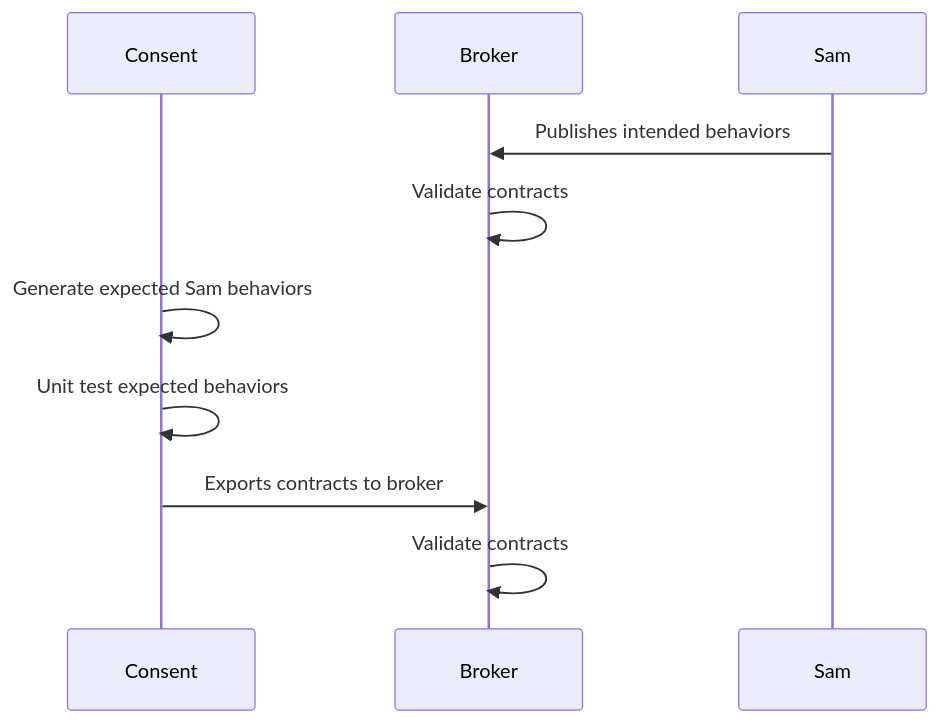
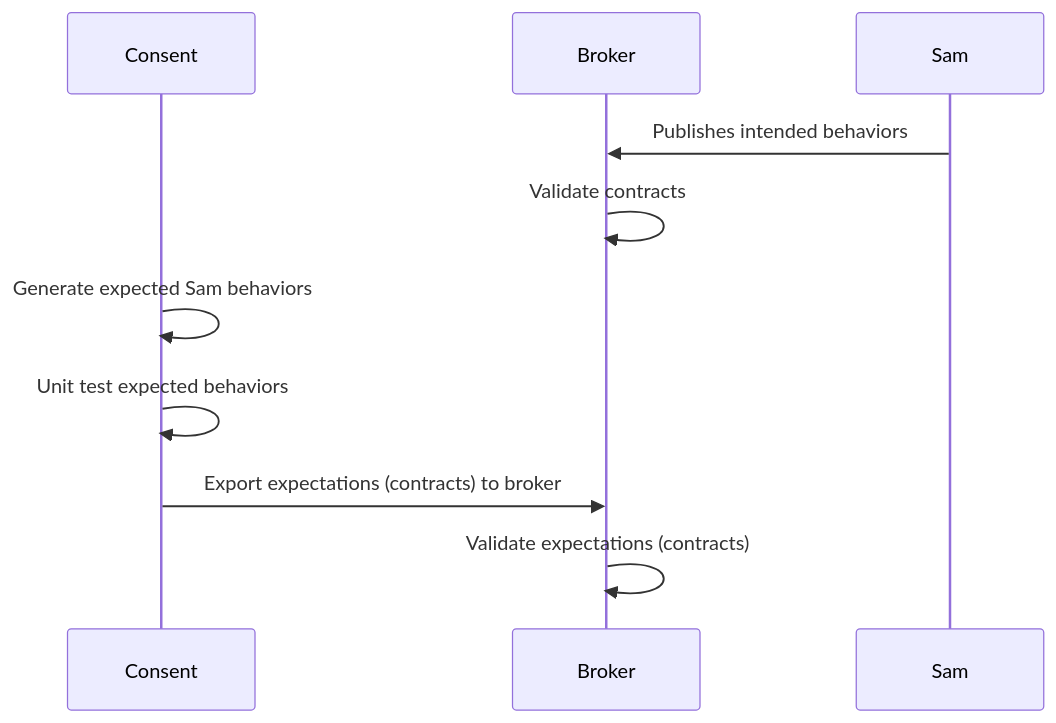
The first of 2 diagrams in src/test/java/org/broadinstitute/consent/pact/README.md (DataBiosphere/consent), drawn with Mermaid before and after one commit. The commit also changed other lines of this file, not shown here.

````diff
--- a/src/test/java/org/broadinstitute/consent/pact/README.md
+++ b/src/test/java/org/broadinstitute/consent/pact/README.md
@@ -34,12 +34,12 @@
 ```mermaid
 sequenceDiagram
   participant Consent
   participant Broker
   participant Sam
   Sam->>Broker: Publishes intended behaviors
   Broker->>Broker: Validate contracts
   Consent->>Consent: Generate expected Sam behaviors
   Consent->>Consent: Unit test expected behaviors
-  Consent->>Broker: Exports contracts to broker
-  Broker->>Broker: Validate contracts
+  Consent->>Broker: Export expectations (contracts) to broker
+  Broker->>Broker: Validate expectations (contracts)
 ```
````
